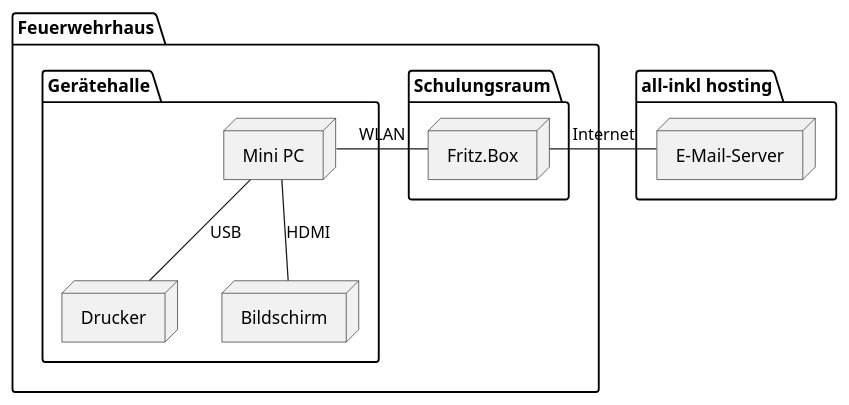
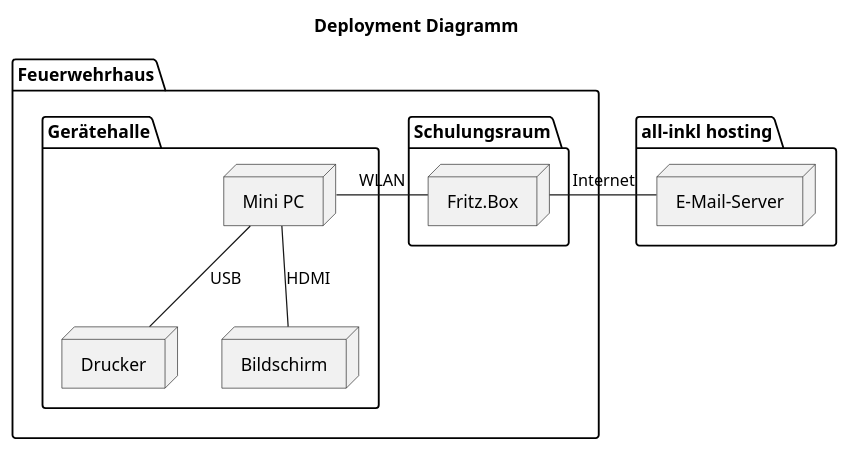
Before and after one commit to sladaloose/ff-lisberg-monitor: the diagram in pictures/deployment-overview.iuml, drawn with PlantUML. The commit also changed other lines of this file and 2 other files, not shown here.

Commit message:
docs: creating overview diagrams

```diff
--- a/pictures/deployment-overview.iuml
+++ b/pictures/deployment-overview.iuml
@@ -1,23 +1,24 @@
 @startuml
 hide empty members
+title Deployment Diagramm
 
 folder "all-inkl hosting" {
 node "E-Mail-Server" as Mail
 }
 
 folder "Feuerwehrhaus" {
 folder "Schulungsraum" {
 node "Fritz.Box" as FB
 }
 folder "Gerätehalle" {
 node "Mini PC" as PC
 node Drucker
 node Bildschirm
 }
 }
 
 FB -r- Mail : Internet
 FB -r- PC : WLAN
 PC -d- Drucker : USB
 PC -d- Bildschirm : HDMI
 @enduml
```
